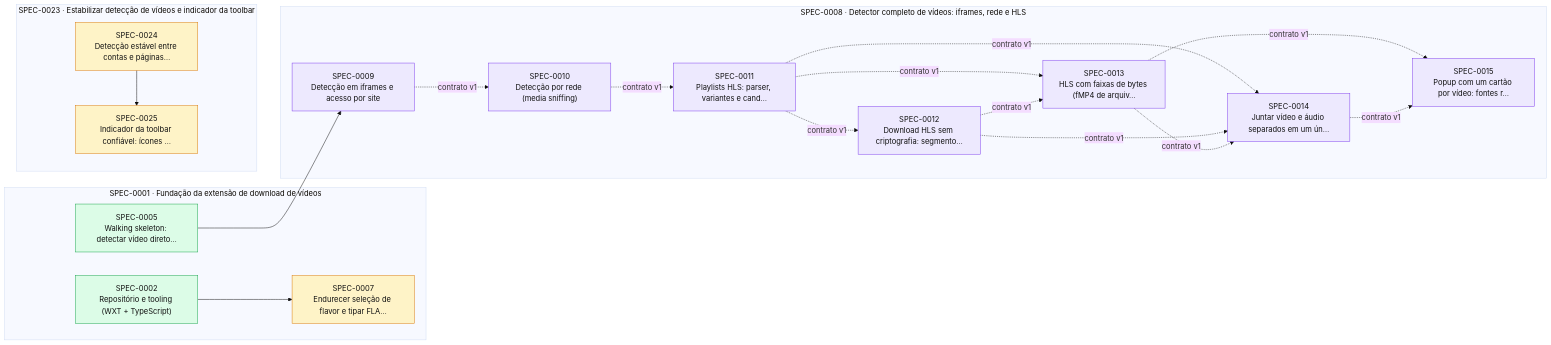
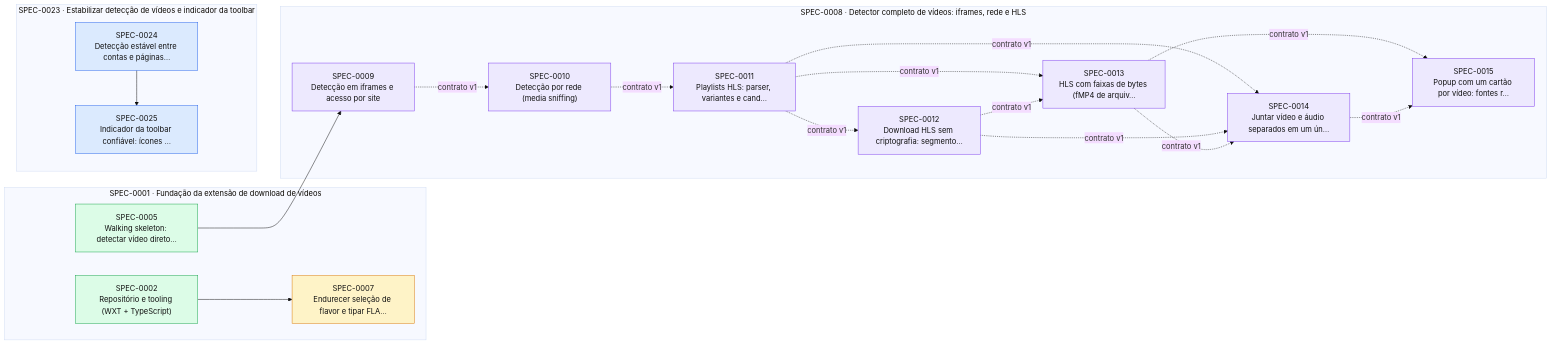
Before and after one commit to thomasravache/video-downloader: the diagram in docs/specs/INDEX.md, drawn with Mermaid (base theme). The commit also changed other lines of this file and 3 other files, not shown here.

````diff
--- a/docs/specs/INDEX.md
+++ b/docs/specs/INDEX.md
@@ -69,39 +69,39 @@
 ```mermaid
 flowchart LR
   subgraph E0001["SPEC-0001 · Fundação da extensão de download de vídeos"]
     S0002["SPEC-0002<br/>Repositório e tooling (WXT + TypeScript)"]:::implemented
     S0005["SPEC-0005<br/>Walking skeleton: detectar vídeo direto…"]:::implemented
     S0007["SPEC-0007<br/>Endurecer seleção de flavor e tipar FLA…"]:::proposed
   end
   subgraph E0008["SPEC-0008 · Detector completo de vídeos: iframes, rede e HLS"]
     S0009["SPEC-0009<br/>Detecção em iframes e acesso por site"]:::inprogress
     S0010["SPEC-0010<br/>Detecção por rede (media sniffing)"]:::inprogress
     S0011["SPEC-0011<br/>Playlists HLS: parser, variantes e cand…"]:::inprogress
     S0012["SPEC-0012<br/>Download HLS sem criptografia: segmento…"]:::inprogress
     S0013["SPEC-0013<br/>HLS com faixas de bytes (fMP4 de arquiv…"]:::inprogress
     S0014["SPEC-0014<br/>Juntar vídeo e áudio separados em um ún…"]:::inprogress
     S0015["SPEC-0015<br/>Popup com um cartão por vídeo: fontes r…"]:::inprogress
   end
   subgraph E0023["SPEC-0023 · Estabilizar detecção de vídeos e indicador da toolbar"]
-    S0024["SPEC-0024<br/>Detecção estável entre contas e páginas…"]:::proposed
-    S0025["SPEC-0025<br/>Indicador da toolbar confiável: ícones …"]:::proposed
+    S0024["SPEC-0024<br/>Detecção estável entre contas e páginas…"]:::approved
+    S0025["SPEC-0025<br/>Indicador da toolbar confiável: ícones …"]:::approved
   end
   S0002 --> S0007
   S0005 --> S0009
   S0009 -. contrato v1 .-> S0010
   S0010 -. contrato v1 .-> S0011
   S0011 -. contrato v1 .-> S0012
   S0011 -. contrato v1 .-> S0013
   S0012 -. contrato v1 .-> S0013
   S0011 -. contrato v1 .-> S0014
   S0012 -. contrato v1 .-> S0014
   S0013 -. contrato v1 .-> S0014
   S0013 -. contrato v1 .-> S0015
   S0014 -. contrato v1 .-> S0015
   S0024 --> S0025
   classDef proposed fill:#fef3c7,stroke:#d97706,color:#111
   classDef approved fill:#dbeafe,stroke:#2563eb,color:#111
   classDef inprogress fill:#ede9fe,stroke:#7c3aed,color:#111
   classDef implemented fill:#dcfce7,stroke:#16a34a,color:#111
   classDef deprecated fill:#f3f4f6,stroke:#9ca3af,color:#6b7280
 ```
````
